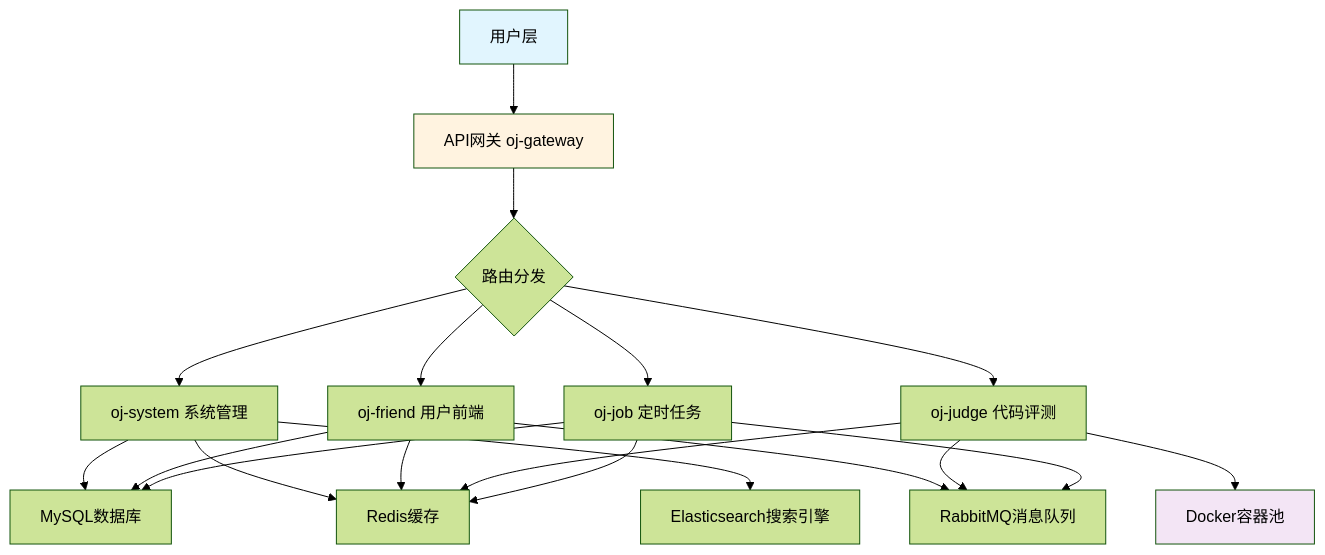
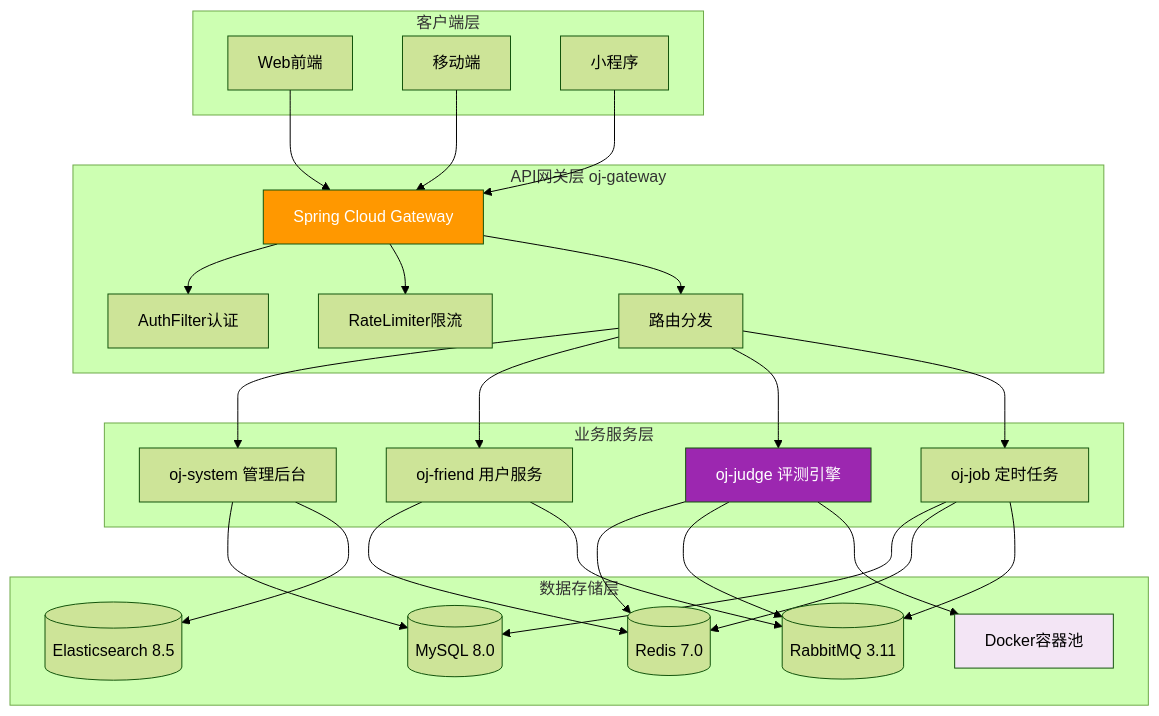
One commit to 1067367579/coding-arena changed the first of 14 diagrams in README.md. Above: the diagram before and after it, drawn with Mermaid (forest theme). The commit also changed other lines of this file and 1 other file, not shown here.

````diff
--- a/README.md
+++ b/README.md
@@ -41,29 +97,61 @@
 ```mermaid
 graph TD
-    A[用户层] --> B[API网关 oj-gateway]
-    B --> C{路由分发}
-    C --> D[oj-system 系统管理]
-    C --> E[oj-friend 用户前端]
-    C --> F[oj-judge 代码评测]
-    C --> G[oj-job 定时任务]
-    
-    D --> H[MySQL数据库]
-    D --> I[Redis缓存]
-    D --> J[Elasticsearch搜索引擎]
-    
-    E --> H
-    E --> I
-    E --> K[RabbitMQ消息队列]
-    
-    F --> L[Docker容器池]
-    F --> K
-    F --> I
-    
-    G --> H
-    G --> I
-    G --> K
-    
-    style A fill:#e1f5fe
-    style B fill:#fff3e0
-    style L fill:#f3e5f5
+    subgraph 用户层 ["客户端层"]
+        A1[Web前端]
+        A2[移动端]
+        A3[小程序]
+    end
+
+    subgraph 接入层 ["API网关层 oj-gateway"]
+        B[Spring Cloud Gateway]
+        B1[AuthFilter认证]
+        B2[RateLimiter限流]
+        B3[路由分发]
+    end
+
+    subgraph 微服务层 ["业务服务层"]
+        C1[oj-system 管理后台]
+        C2[oj-friend 用户服务]
+        C3[oj-judge 评测引擎]
+        C4[oj-job 定时任务]
+    end
+
+    subgraph 数据层 ["数据存储层"]
+        D1[(MySQL 8.0)]
+        D2[(Redis 7.0)]
+        D3[(RabbitMQ 3.11)]
+        D4[(Elasticsearch 8.5)]
+        D5[Docker容器池]
+    end
+
+    A1 --> B
+    A2 --> B
+    A3 --> B
+
+    B --> B1
+    B --> B2
+    B --> B3
+
+    B3 --> C1
+    B3 --> C2
+    B3 --> C3
+    B3 --> C4
+
+    C1 --> D1
+    C1 --> D4
+
+    C2 --> D2
+    C2 --> D3
+
+    C3 --> D2
+    C3 --> D3
+    C3 --> D5
+
+    C4 --> D1
+    C4 --> D2
+    C4 --> D3
+
+    style B fill:#ff9800,color:#fff
+    style C3 fill:#9c27b0,color:#fff
+    style D5 fill:#f3e5f5
 ```
````
